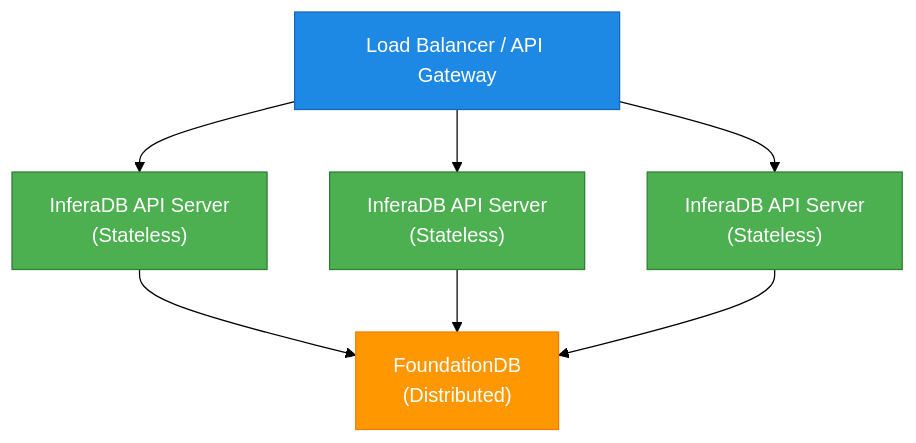
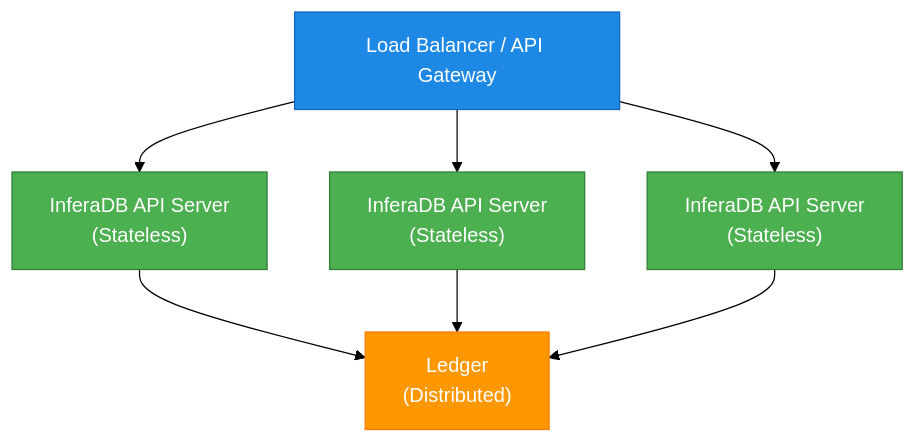
Before and after one commit to inferadb/engine: the diagram in docs/deployment/multi-tenant.md, drawn with Mermaid (forest theme). The commit also changed other lines of this file and 85 other files, not shown here.

Commit message:
improve: fdb → ledger

````diff
--- a/docs/deployment/multi-tenant.md
+++ b/docs/deployment/multi-tenant.md
@@ -27,18 +27,18 @@
 ```mermaid
 graph TD
     LB["Load Balancer / API Gateway"]
 
     LB --> API1["InferaDB API Server<br/>(Stateless)"]
     LB --> API2["InferaDB API Server<br/>(Stateless)"]
     LB --> API3["InferaDB API Server<br/>(Stateless)"]
 
-    API1 --> FDB["FoundationDB<br/>(Distributed)"]
-    API2 --> FDB
-    API3 --> FDB
+    API1 --> Ledger["Ledger<br/>(Distributed)"]
+    API2 --> Ledger
+    API3 --> Ledger
 
     style LB fill:#1E88E5,stroke:#1565C0,color:#fff
     style API1 fill:#4CAF50,stroke:#2E7D32,color:#fff
     style API2 fill:#4CAF50,stroke:#2E7D32,color:#fff
     style API3 fill:#4CAF50,stroke:#2E7D32,color:#fff
-    style FDB fill:#FF9800,stroke:#F57C00,color:#fff
+    style Ledger fill:#FF9800,stroke:#F57C00,color:#fff
 ```
````
